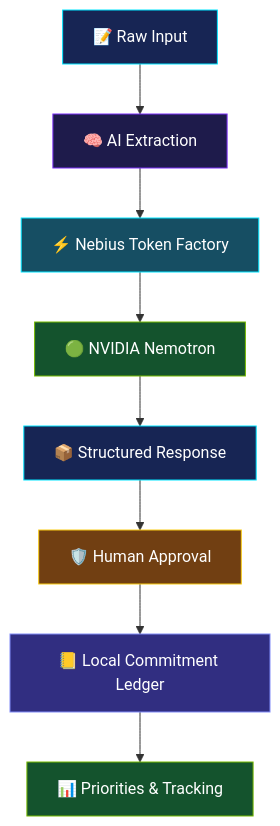
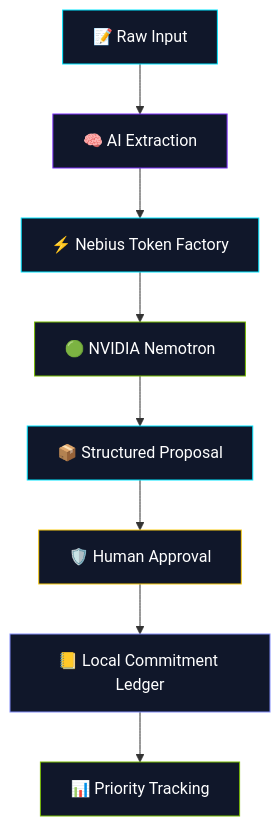
Before and after one commit to Raj-max-pixal/PromiseOs: the diagram in README.md, drawn with Mermaid. The commit also changed other lines of this file, not shown here.

````diff
--- a/README.md
+++ b/README.md
@@ -100,19 +116,19 @@
 ```mermaid
 flowchart TD
     A["📝 Raw Input"] --> B["🧠 AI Extraction"]
     B --> C["⚡ Nebius Token Factory"]
     C --> D["🟢 NVIDIA Nemotron"]
-    D --> E["📦 Structured Response"]
+    D --> E["📦 Structured Proposal"]
     E --> F["🛡️ Human Approval"]
     F --> G["📒 Local Commitment Ledger"]
-    G --> H["📊 Priorities & Tracking"]
+    G --> H["📊 Priority Tracking"]
 
-    style A fill:#172554,stroke:#00E5FF,color:#fff
-    style B fill:#1e1b4b,stroke:#7B2FF7,color:#fff
-    style C fill:#164e63,stroke:#00E5FF,color:#fff
-    style D fill:#14532d,stroke:#76B900,color:#fff
-    style E fill:#172554,stroke:#00E5FF,color:#fff
-    style F fill:#713f12,stroke:#facc15,color:#fff
-    style G fill:#312e81,stroke:#818cf8,color:#fff
-    style H fill:#14532d,stroke:#76B900,color:#fff
+    style A fill:#10172a,stroke:#00e5ff,color:#fff
+    style B fill:#10172a,stroke:#7b2ff7,color:#fff
+    style C fill:#10172a,stroke:#00e5ff,color:#fff
+    style D fill:#10172a,stroke:#76b900,color:#fff
+    style E fill:#10172a,stroke:#00e5ff,color:#fff
+    style F fill:#10172a,stroke:#facc15,color:#fff
+    style G fill:#10172a,stroke:#818cf8,color:#fff
+    style H fill:#10172a,stroke:#76b900,color:#fff
 ```
````
